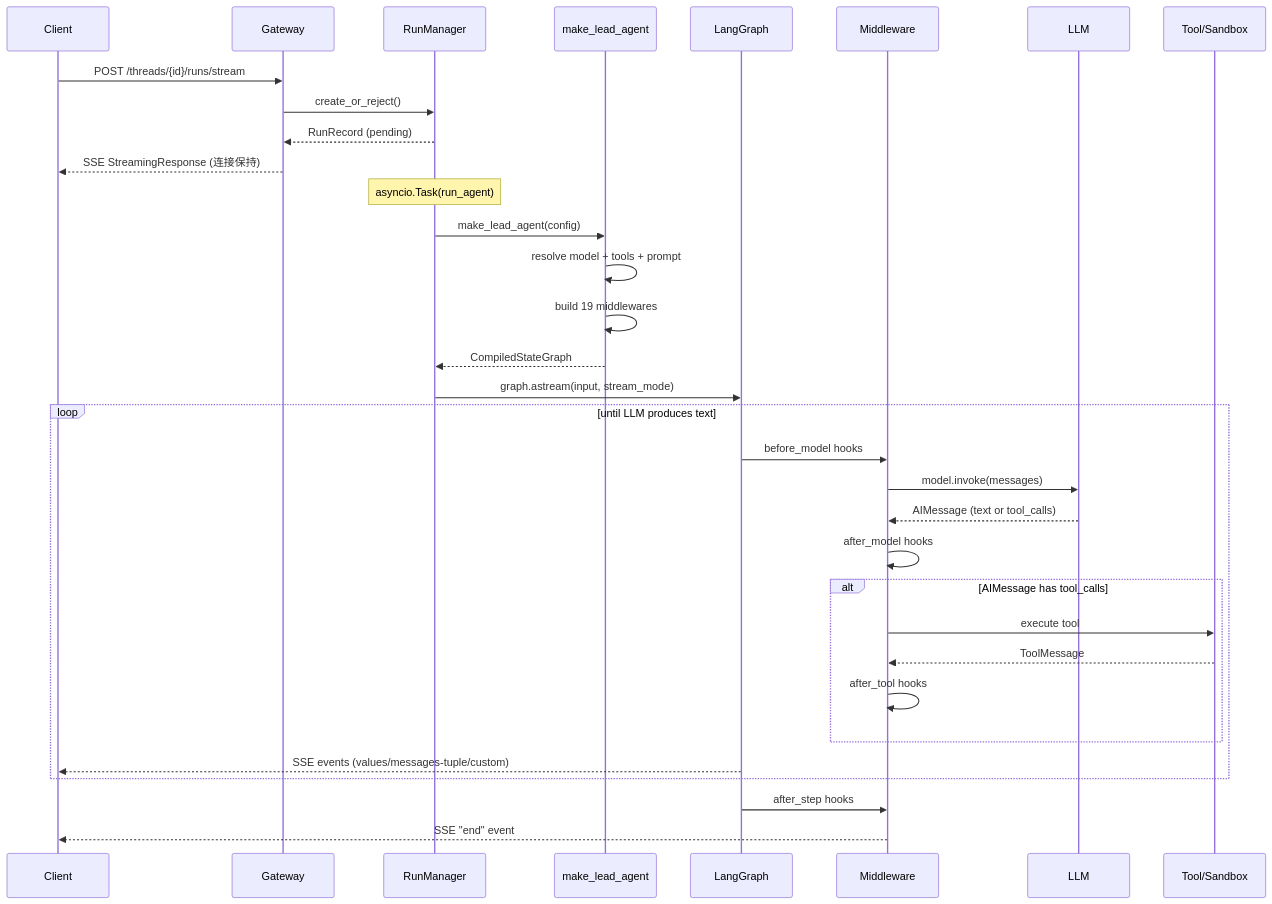
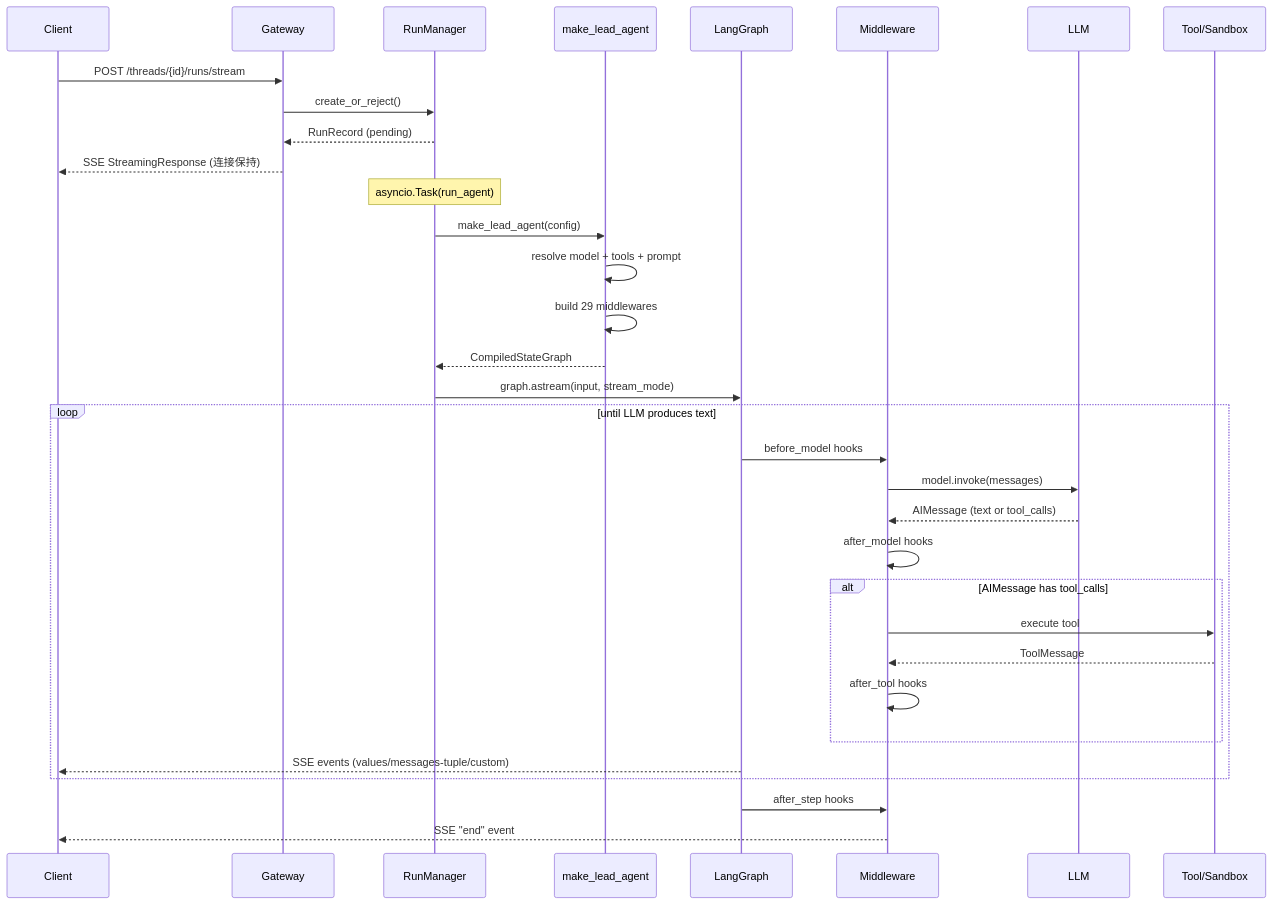
Before and after one commit to ethan-jiang-1/deer-flow: the diagram in _digest/overview/05-request-flow.md, drawn with Mermaid. The commit also changed 33 other files, not shown here.

````diff
--- a/_digest/overview/05-request-flow.md
+++ b/_digest/overview/05-request-flow.md
@@ -15,41 +15,41 @@
 ```mermaid
 sequenceDiagram
     participant C as Client
     participant G as Gateway
     participant RM as RunManager
     participant MLA as make_lead_agent
     participant LG as LangGraph
     participant MW as Middleware
     participant LLM as LLM
     participant Tool as Tool/Sandbox
 
     C->>G: POST /threads/{id}/runs/stream
     G->>RM: create_or_reject()
     RM-->>G: RunRecord (pending)
     G-->>C: SSE StreamingResponse (连接保持)
 
     Note over RM: asyncio.Task(run_agent)
 
     RM->>MLA: make_lead_agent(config)
     MLA->>MLA: resolve model + tools + prompt
-    MLA->>MLA: build 19 middlewares
+    MLA->>MLA: build 29 middlewares
     MLA-->>RM: CompiledStateGraph
 
     RM->>LG: graph.astream(input, stream_mode)
 
     loop until LLM produces text
         LG->>MW: before_model hooks
         MW->>LLM: model.invoke(messages)
         LLM-->>MW: AIMessage (text or tool_calls)
         MW->>MW: after_model hooks
         alt AIMessage has tool_calls
             MW->>Tool: execute tool
             Tool-->>MW: ToolMessage
             MW->>MW: after_tool hooks
         end
         LG-->>C: SSE events (values/messages-tuple/custom)
     end
 
     LG->>MW: after_step hooks
     MW-->>C: SSE "end" event
 ```
````
